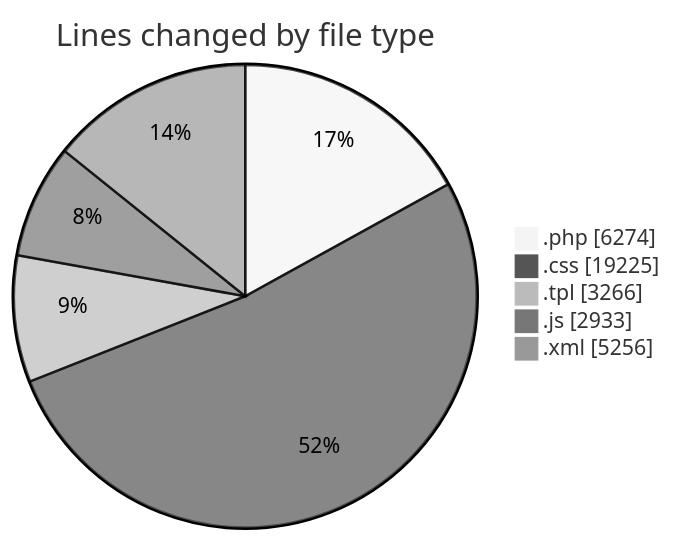
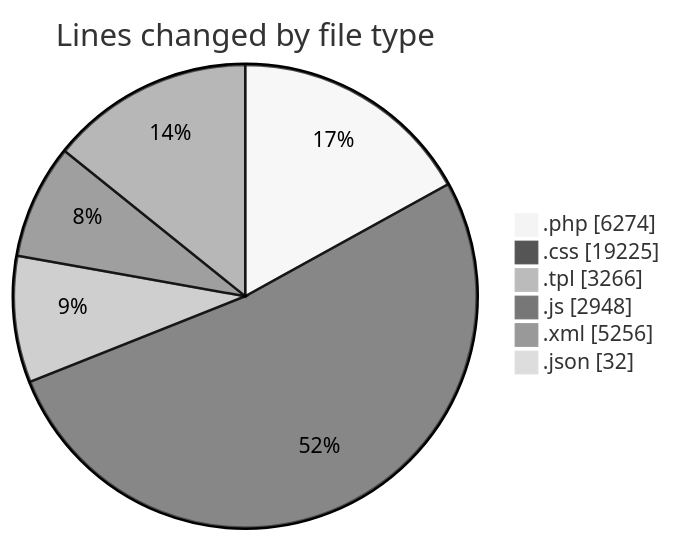
One commit to vahidmafi/code-tracking changed the first of 2 diagrams in 2025-03-23/zeytoon/README.md. Above: the diagram before and after it, drawn with Mermaid (neutral theme). The commit also changed other lines of this file and 1 other file, not shown here.

````diff
--- a/2025-03-23/zeytoon/README.md
+++ b/2025-03-23/zeytoon/README.md
@@ -34,9 +35,10 @@
 ```mermaid
 pie showData
 title Lines changed by file type
 ".php" : 6274
 ".css" : 19225
 ".tpl" : 3266
-".js" : 2933
+".js" : 2948
 ".xml" : 5256
+".json" : 32
 ```
````
